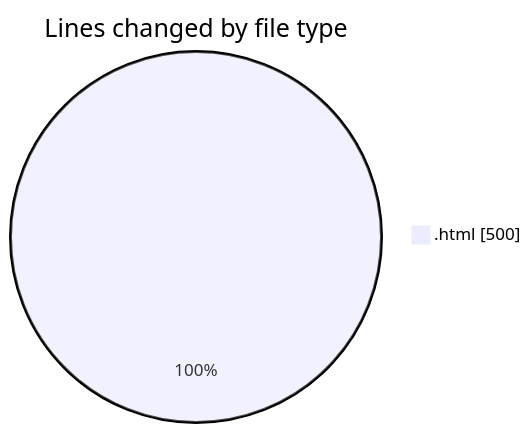
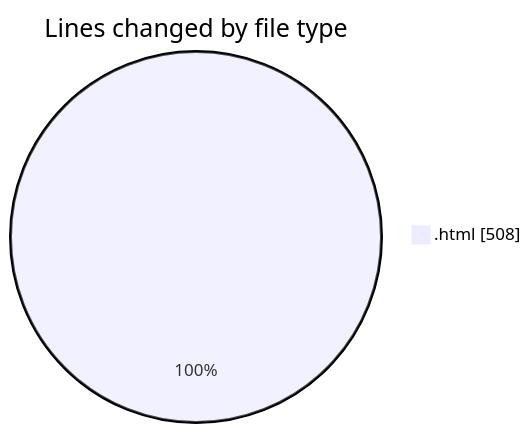
The first of 2 diagrams in 2025-01-07/nueva_carpeta/README.md (LanceThiago/code-tracking), drawn with Mermaid before and after one commit. The commit also changed other lines of this file and 1 other file, not shown here.

````diff
--- a/2025-01-07/nueva_carpeta/README.md
+++ b/2025-01-07/nueva_carpeta/README.md
@@ -20,5 +20,5 @@
 ```mermaid
 pie showData
 title Lines changed by file type
-".html" : 500
+".html" : 508
 ```
````
